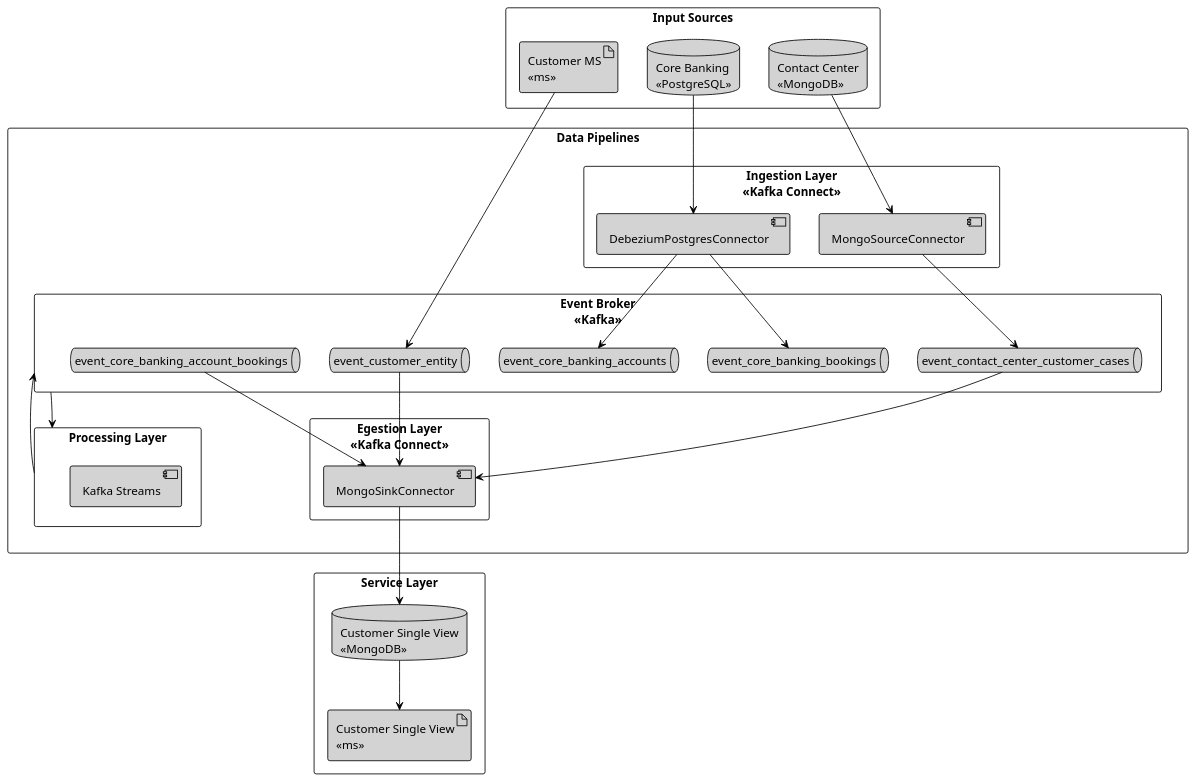
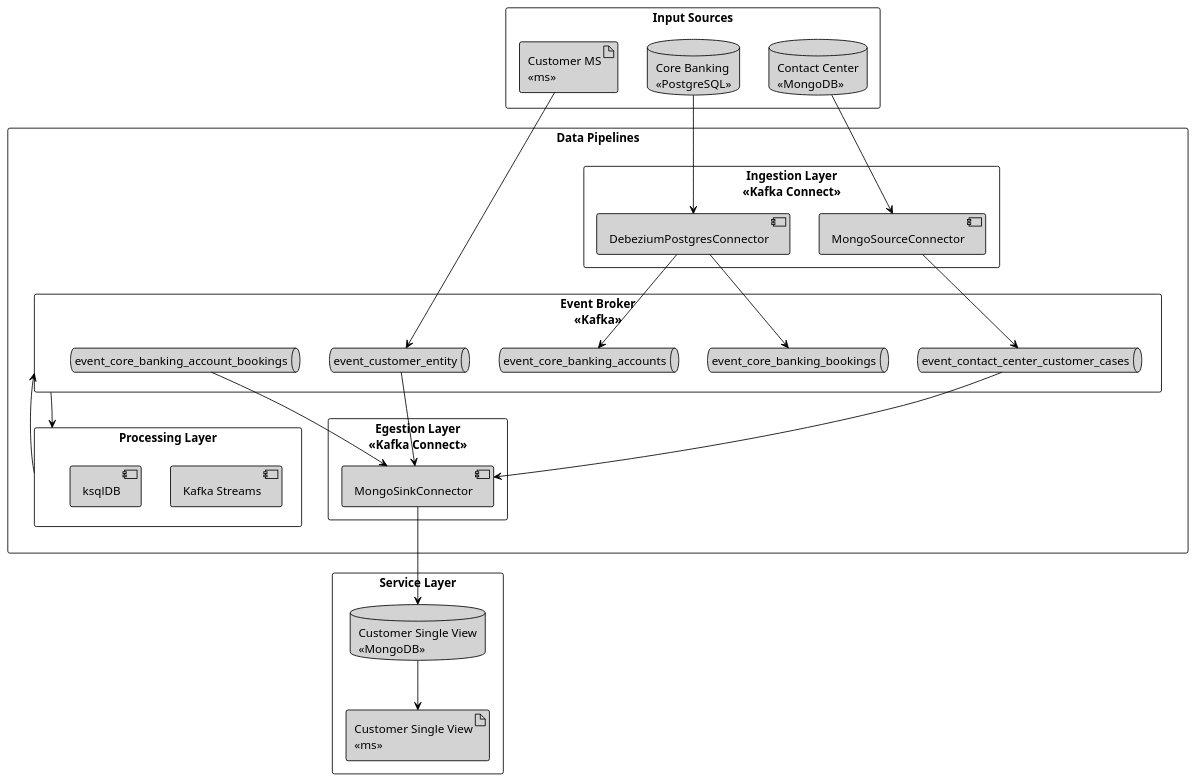
One commit to scalvetr/costomer-single-view changed the diagram in doc/system-design.puml. Above: the diagram before and after it, drawn with PlantUML. The commit also changed 1 other file, not shown here.

```diff
--- a/doc/system-design.puml
+++ b/doc/system-design.puml
@@ -1,81 +1,82 @@
 @startuml
 'https://plantuml.com/deployment-diagram
 ''!theme aws-orange
 
 <style>
 componentDiagram {
   BackGroundColor white
   LineThickness 1
   LineColor black
 }
 database {
     BackGroundColor: lightgrey;
 }
 artifact {
     BackGroundColor: lightgrey;
 }
 component {
     BackGroundColor: lightgrey;
 }
 queue {
     BackGroundColor: lightgrey;
 }
 </style>
 
 rectangle "Input Sources" as inputs {
     artifact "Customer MS\n<<ms>>" as ms_customer
     database "Core Banking\n<<PostgreSQL>>" as db_core_banking
     database "Contact Center\n<<MongoDB>>" as db_contact_center
 }
 
 rectangle "Data Pipelines" as pipelines {
     rectangle "Ingestion Layer\n<<Kafka Connect>>" as ingestion_layer {
        component "DebeziumPostgresConnector" as kafka_connect_postgres_source
        component "MongoSourceConnector" as kafka_connect_mongo_source
     }
     rectangle "Event Broker\n<<Kafka>>" as event_broker {
         queue "event_customer_entity" as event_customer_entity
         queue "event_core_banking_bookings" as event_core_banking_bookings
         queue "event_core_banking_accounts" as event_core_banking_accounts
         queue "event_contact_center_customer_cases" as event_contact_center_customer_cases
         queue "event_core_banking_account_bookings" as event_core_banking_account_bookings
     }
 
     rectangle "Processing Layer" as processing_layer {
         component "Kafka Streams"
+        component "ksqlDB"
     }
 
     rectangle "Egestion Layer\n<<Kafka Connect>>" as egestion_layer {
        component "MongoSinkConnector" as kafka_connect_mongo_sink
     }
 
 }
 
 rectangle "Service Layer" as service_layer {
     artifact "Customer Single View\n<<ms>>" as ms_customer_single_view
     database "Customer Single View\n<<MongoDB>>" as db_customer_single_view
 }
 
 ' sources relations
 ms_customer --> event_customer_entity
 db_core_banking --> kafka_connect_postgres_source
 db_contact_center --> kafka_connect_mongo_source
 
 ' ingest relations
 kafka_connect_postgres_source --> event_core_banking_accounts
 kafka_connect_postgres_source --> event_core_banking_bookings
 kafka_connect_mongo_source --> event_contact_center_customer_cases
 
 event_customer_entity --> kafka_connect_mongo_sink
 event_core_banking_account_bookings --> kafka_connect_mongo_sink
 event_contact_center_customer_cases --> kafka_connect_mongo_sink
 
 
 kafka_connect_mongo_sink --> db_customer_single_view
 db_customer_single_view --> ms_customer_single_view
 
 
 event_broker --> processing_layer
 processing_layer --> event_broker
 
 @enduml
```
